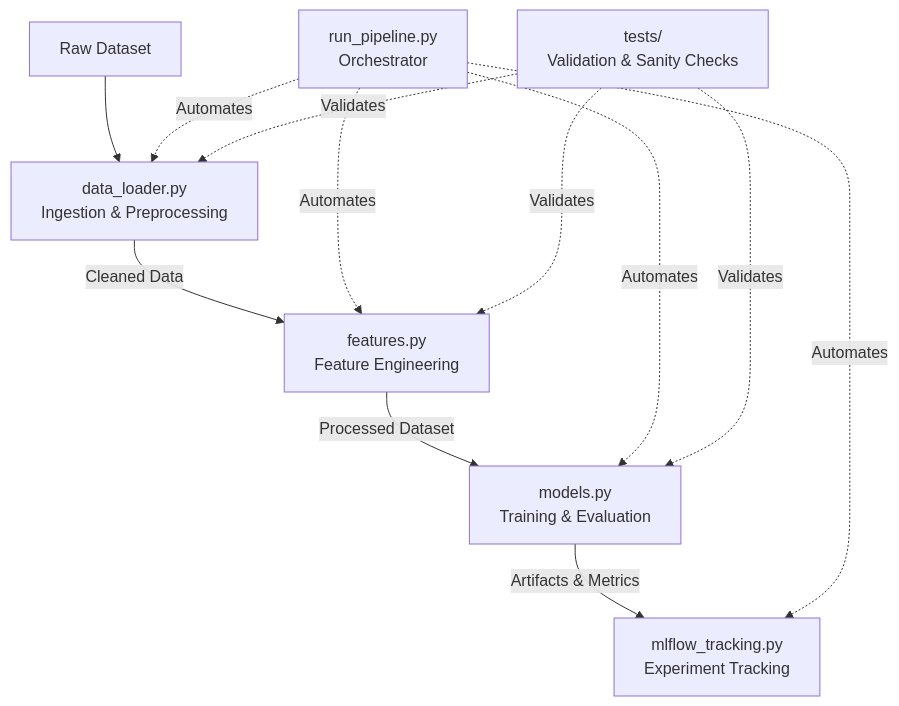
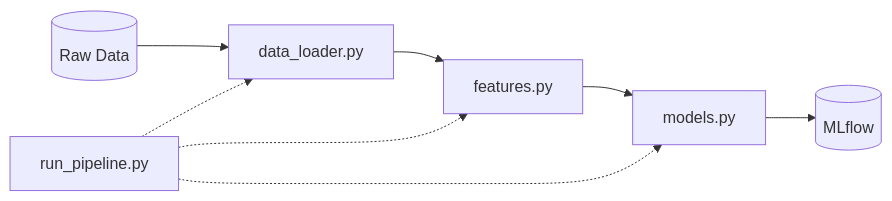
Before and after one commit to Anazneen04/customer-churn-prediction-mlops: the diagram in README.md, drawn with Mermaid.

Commit message:
docs: simplify pipeline architecture mermaid diagram

````diff
--- a/README.md
+++ b/README.md
@@ -11,17 +11,11 @@
 ```mermaid
-graph TD
-    Raw[Raw Dataset] --> DataLoader[data_loader.py<br/>Ingestion & Preprocessing]
-    DataLoader -->|Cleaned Data| Features[features.py<br/>Feature Engineering]
-    Features -->|Processed Dataset| Models[models.py<br/>Training & Evaluation]
+graph LR
+    Data[(Raw Data)] --> Loader[data_loader.py]
+    Loader --> Features[features.py]
+    Features --> Models[models.py]
+    Models --> MLflow[(MLflow)]
     
-    Orchestrator[run_pipeline.py<br/>Orchestrator] -.->|Automates| DataLoader
-    Orchestrator -.->|Automates| Features
-    Orchestrator -.->|Automates| Models
-    
-    Models -->|Artifacts & Metrics| MLflow[mlflow_tracking.py<br/>Experiment Tracking]
-    Orchestrator -.->|Automates| MLflow
-    
-    Tests[tests/<br/>Validation & Sanity Checks] -.->|Validates| DataLoader
-    Tests -.->|Validates| Features
-    Tests -.->|Validates| Models
+    Pipeline[run_pipeline.py] -.-> Loader
+    Pipeline -.-> Features
+    Pipeline -.-> Models
 ```
````
